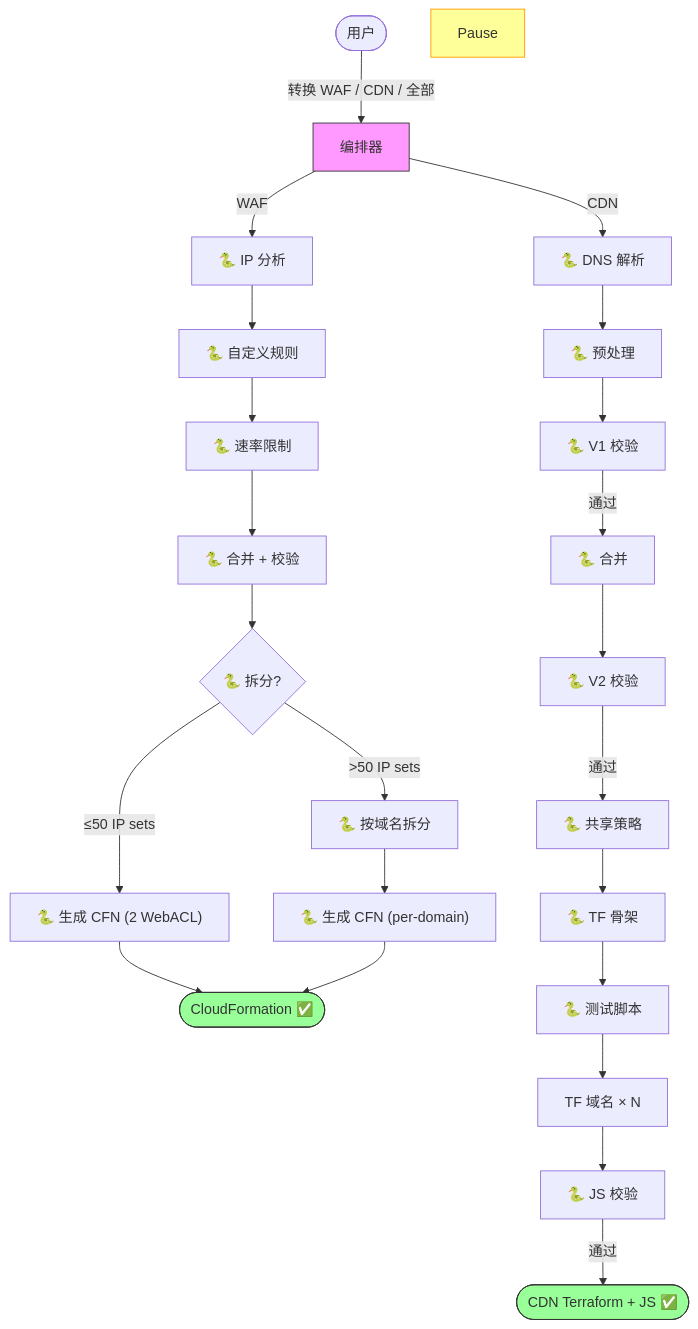
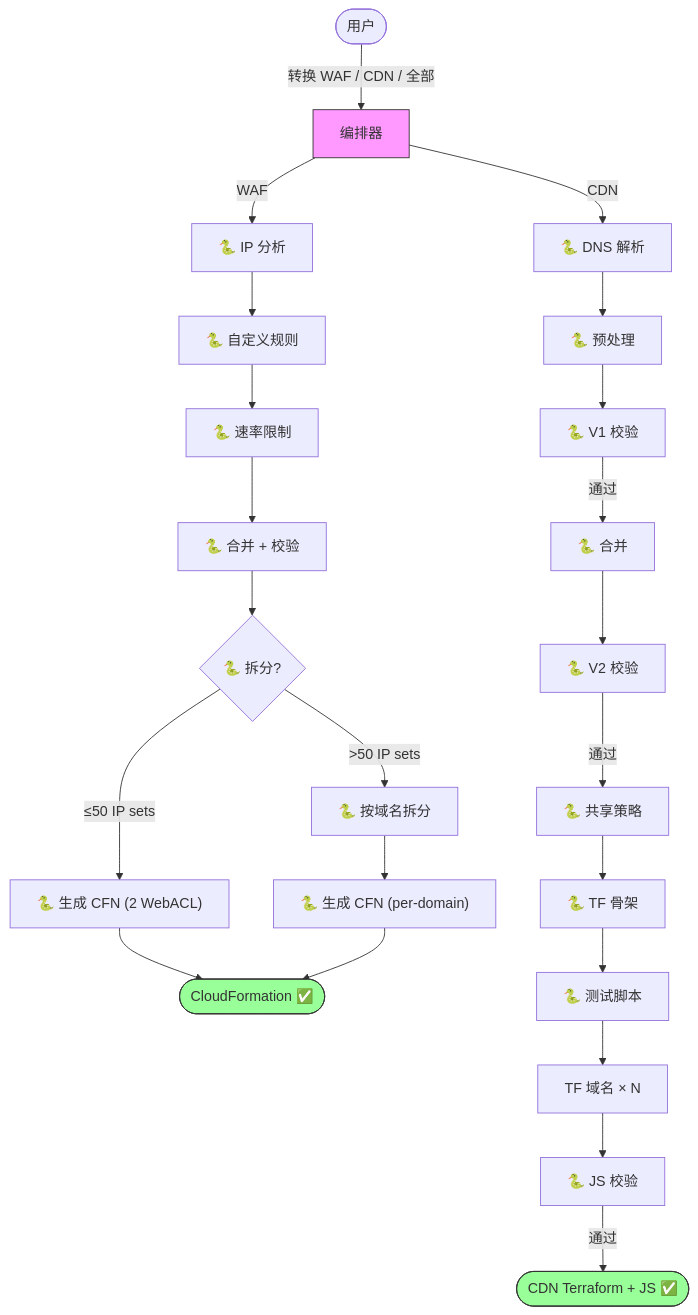
The diagram in README_CN.md (chenghit/cloudflare-aws-edge-config-converter), drawn with Mermaid before and after one commit. The commit also changed other lines of this file and 1 other file, not shown here.

First line of the commit message:
fix: remove last stale CSV/Pause references from READMEs

````diff
--- a/README_CN.md
+++ b/README_CN.md
@@ -76,23 +76,22 @@
 ```mermaid
 flowchart TD
     User([用户]) -->|"转换 WAF / CDN / 全部"| Main["编排器"]
 
     Main -->|WAF| WAF_A1["🐍 IP 分析"] --> WAF_A2["🐍 自定义规则"] --> WAF_A3["🐍 速率限制"] --> WAF_M["🐍 合并 + 校验"] --> WAF_S{"🐍 拆分?"} -->|"≤50 IP sets"| WAF_G["🐍 生成 CFN (2 WebACL)"] --> WAF_Done([CloudFormation ✅])
     WAF_S -->|">50 IP sets"| WAF_SP["🐍 按域名拆分"] --> WAF_GP["🐍 生成 CFN (per-domain)"] --> WAF_Done
 
     Main -->|CDN| CDN1["🐍 DNS 解析"] --> CDN3["🐍 预处理"]
     CDN3 --> CDN4["🐍 V1 校验"]
     CDN4 -->|通过| CDN5["🐍 合并"]
     CDN5 --> CDN6["🐍 V2 校验"]
     CDN6 -->|通过| CDN7["🐍 共享策略"]
     CDN7 --> CDN75["🐍 TF 骨架"]
     CDN75 --> CDN76["🐍 测试脚本"]
     CDN76 --> CDN8["TF 域名 × N"]
     CDN8 --> CDN9["🐍 JS 校验"]
     CDN9 -->|通过| CDN_Done([CDN Terraform + JS ✅])
 
     style Main fill:#f9f,stroke:#333
-    style Pause fill:#ff9,stroke:#f90
     style WAF_Done fill:#9f9,stroke:#333
     style CDN_Done fill:#9f9,stroke:#333
 ```
````
